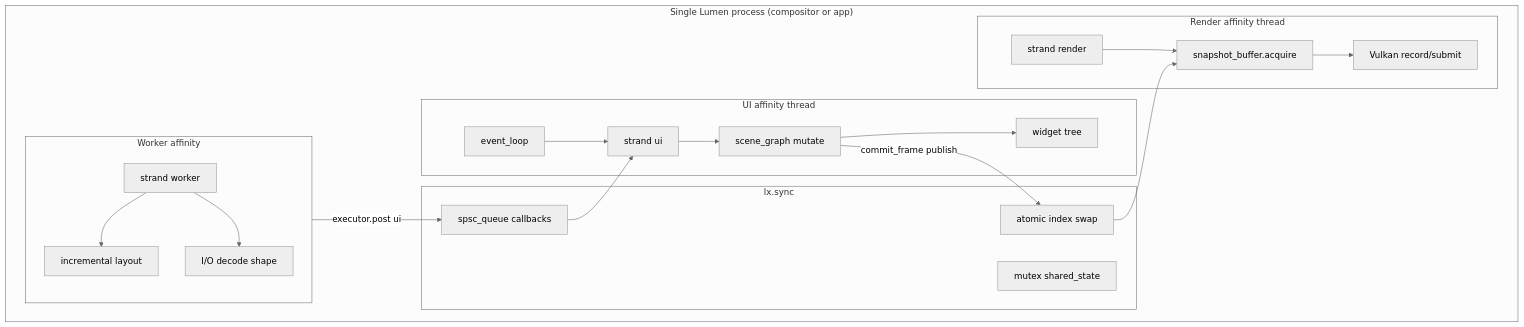
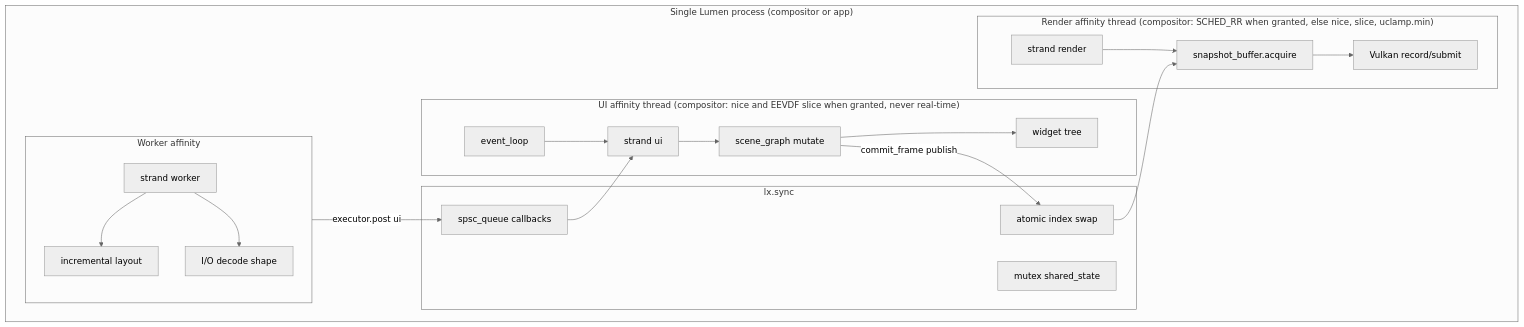
The diagram in docs/uml/22-thread-model.mmd (dimmus/lumen), drawn with Mermaid (neutral theme) before and after one commit. The commit also changed 13 other files, not shown here.

First line of the commit message:
Threads: real-time, high priority or latency hints for render and UI

```diff
--- a/docs/uml/22-thread-model.mmd
+++ b/docs/uml/22-thread-model.mmd
@@ -1,37 +1,37 @@
 flowchart TB
     subgraph Process["Single Lumen process (compositor or app)"]
-        subgraph UIThread["UI affinity thread"]
+        subgraph UIThread["UI affinity thread (compositor: nice and EEVDF slice when granted, never real-time)"]
             EL["event_loop"]
             STRAND_UI["strand ui"]
             SCENE_MUT["scene_graph mutate"]
             WIDGETS["widget tree"]
             EL --> STRAND_UI
             STRAND_UI --> SCENE_MUT --> WIDGETS
         end
 
-        subgraph RenderThread["Render affinity thread"]
+        subgraph RenderThread["Render affinity thread (compositor: SCHED_RR when granted, else nice, slice, uclamp.min)"]
             STRAND_R["strand render"]
             SNAP_READ["snapshot_buffer.acquire"]
             VK["Vulkan record/submit"]
             STRAND_R --> SNAP_READ --> VK
         end
 
         subgraph WorkerPool["Worker affinity"]
             STRAND_W["strand worker"]
             LAYOUT["incremental layout"]
             IO["I/O decode shape"]
             STRAND_W --> LAYOUT
             STRAND_W --> IO
         end
 
         subgraph Sync["lx.sync"]
             SPSC["spsc_queue callbacks"]
             ATOMIC["atomic index swap"]
             MUTEX["mutex shared_state"]
         end
     end
 
     SCENE_MUT -->|"commit_frame publish"| ATOMIC
     ATOMIC --> SNAP_READ
     WorkerPool -->|"executor.post ui"| SPSC
     SPSC --> STRAND_UI
```
